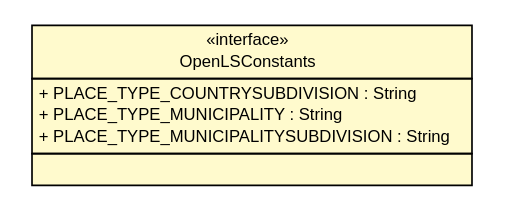
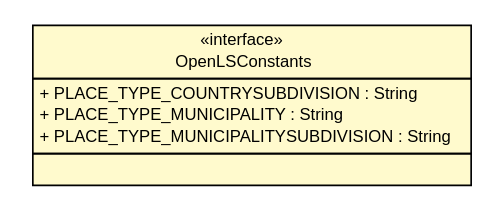
The diagram in apidocs/nl/geozet/openls/databinding/openls/OpenLSConstants.dot (geozet/openls-databinding), drawn with Graphviz before and after one commit. The commit also changed 307 other files, not shown here.

```diff
--- a/apidocs/nl/geozet/openls/databinding/openls/OpenLSConstants.dot
+++ b/apidocs/nl/geozet/openls/databinding/openls/OpenLSConstants.dot
@@ -1,27 +1,27 @@
 #!/usr/local/bin/dot
 #
 # Class diagram 
 # Generated by UMLGraph version R5_6-24-gf6e263 (http://www.umlgraph.org/)
 #
 
 digraph G {
-	edge [fontname="arial",fontsize=10,labelfontname="arial",labelfontsize=10];
-	node [fontname="arial",fontsize=10,shape=plaintext];
+	edge [fontname="Helvetica",fontsize=10,labelfontname="Helvetica",labelfontsize=10];
+	node [fontname="Helvetica",fontsize=10,shape=plaintext];
 	nodesep=0.25;
 	ranksep=0.5;
 	// nl.geozet.openls.databinding.openls.OpenLSConstants
-	c220 [label=<<table title="nl.geozet.openls.databinding.openls.OpenLSConstants" border="0" cellborder="1" cellspacing="0" cellpadding="2" port="p" bgcolor="lemonChiffon" href="./OpenLSConstants.html">
+	c219 [label=<<table title="nl.geozet.openls.databinding.openls.OpenLSConstants" border="0" cellborder="1" cellspacing="0" cellpadding="2" port="p" bgcolor="lemonChiffon" href="./OpenLSConstants.html">
 		<tr><td><table border="0" cellspacing="0" cellpadding="1">
 <tr><td align="center" balign="center"> &#171;interface&#187; </td></tr>
 <tr><td align="center" balign="center"> OpenLSConstants </td></tr>
 		</table></td></tr>
 		<tr><td><table border="0" cellspacing="0" cellpadding="1">
 <tr><td align="left" balign="left"> + PLACE_TYPE_COUNTRYSUBDIVISION : String </td></tr>
 <tr><td align="left" balign="left"> + PLACE_TYPE_MUNICIPALITY : String </td></tr>
 <tr><td align="left" balign="left"> + PLACE_TYPE_MUNICIPALITYSUBDIVISION : String </td></tr>
 		</table></td></tr>
 		<tr><td><table border="0" cellspacing="0" cellpadding="1">
 <tr><td align="left" balign="left">  </td></tr>
 		</table></td></tr>
-		</table>>, URL="./OpenLSConstants.html", fontname="arial", fontcolor="black", fontsize=10.0];
+		</table>>, URL="./OpenLSConstants.html", fontname="Helvetica", fontcolor="black", fontsize=10.0];
 }
```
